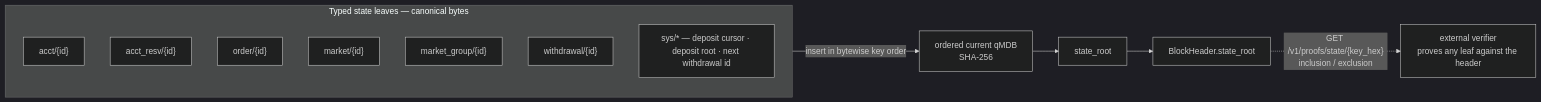
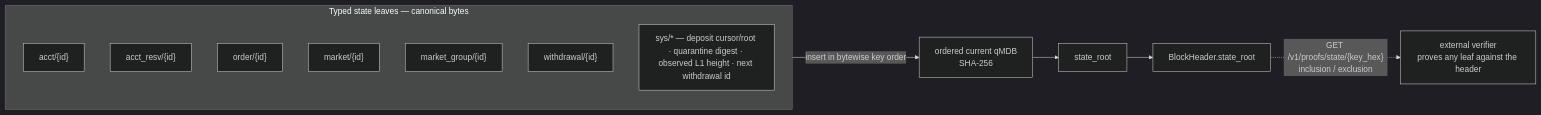
The diagram in docs/architecture/State Root Schema.md (MetaB0y/sybil), drawn with Mermaid (dark theme) before and after one commit. The commit also changed other lines of this file and 48 other files, not shown here.

First line of the commit message:
feat(zk)!: wire v7 — deposit quarantine ledger, guest-constrained (SYB-272, ADR-0015)

````diff
--- a/docs/architecture/State Root Schema.md
+++ b/docs/architecture/State Root Schema.md
@@ -58,17 +60,17 @@
 ```mermaid
 flowchart LR
     subgraph leaves["Typed state leaves — canonical bytes"]
         direction TB
         A["acct/{id}"]
         R["acct_resv/{id}"]
         O["order/{id}"]
         M["market/{id}"]
         G["market_group/{id}"]
         W["withdrawal/{id}"]
-        S["sys/* — deposit cursor · deposit root · next withdrawal id"]
+        S["sys/* — deposit cursor/root · quarantine digest · observed L1 height · next withdrawal id"]
     end
     leaves -->|"insert in bytewise key order"| QMDB["ordered current qMDB<br/>SHA-256"]
     QMDB --> ROOT["state_root"]
     ROOT --> HDR["BlockHeader.state_root"]
     HDR -.->|"GET /v1/proofs/state/{key_hex}<br/>inclusion / exclusion"| VER["external verifier<br/>proves any leaf against the header"]
 ```
````
